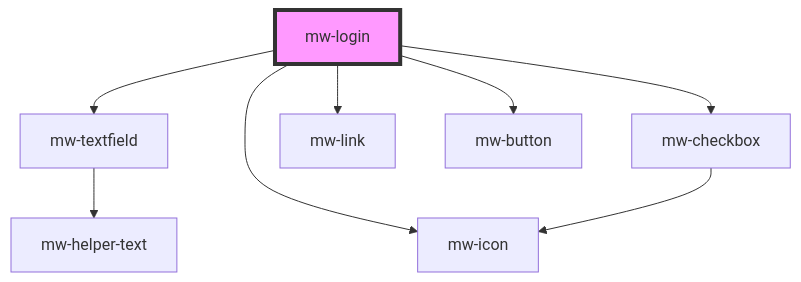
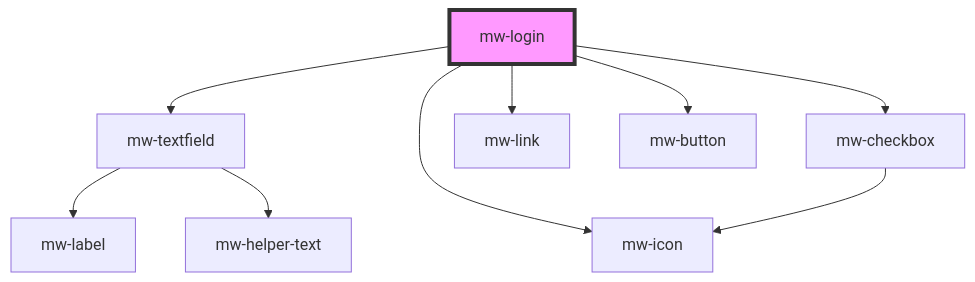
Before and after one commit to MaibornWolff/mwui: the diagram in mwui-stencil/src/components/mw-login/readme.md, drawn with Mermaid. The commit also changed 24 other files, not shown here.

````diff
--- a/mwui-stencil/src/components/mw-login/readme.md
+++ b/mwui-stencil/src/components/mw-login/readme.md
@@ -34,11 +34,12 @@
 ```mermaid
 graph TD;
   mw-login --> mw-textfield
   mw-login --> mw-icon
   mw-login --> mw-checkbox
   mw-login --> mw-link
   mw-login --> mw-button
+  mw-textfield --> mw-label
   mw-textfield --> mw-helper-text
   mw-checkbox --> mw-icon
   style mw-login fill:#f9f,stroke:#333,stroke-width:4px
 ```
````
